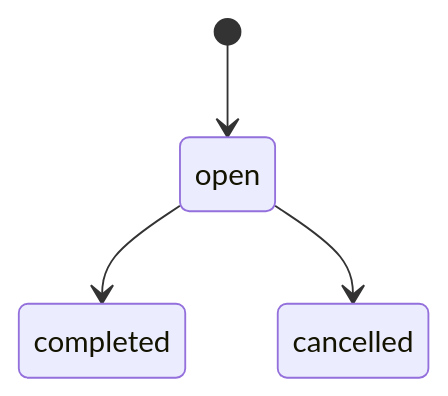
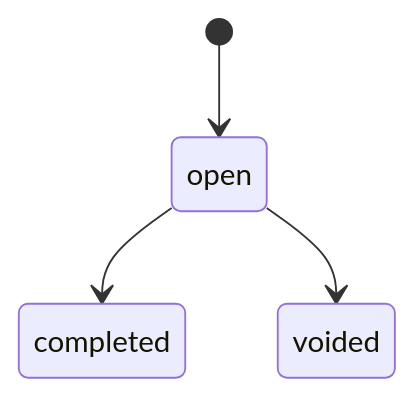
Before and after one commit to F-C-Corp/docs: the diagram in pos-operation-ingestion.mdx, drawn with Mermaid. The commit also changed other lines of this file and 11 other files, not shown here.

````diff
--- a/pos-operation-ingestion.mdx
+++ b/pos-operation-ingestion.mdx
@@ -14,6 +14,6 @@
 ```mermaid
 stateDiagram-v2
     [*] --> open
     open --> completed
-    open --> cancelled
+    open --> voided
 ```
````
